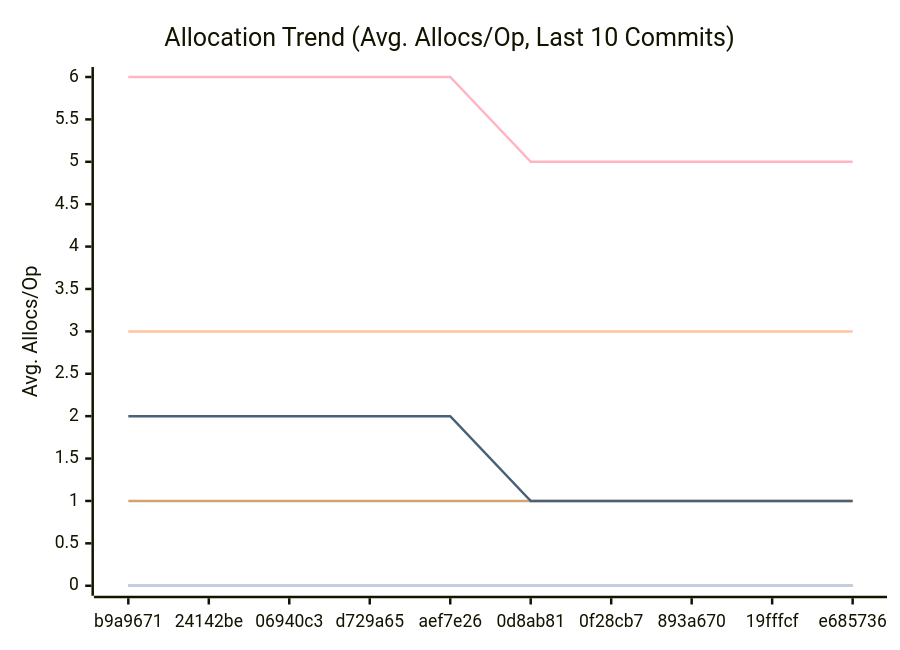
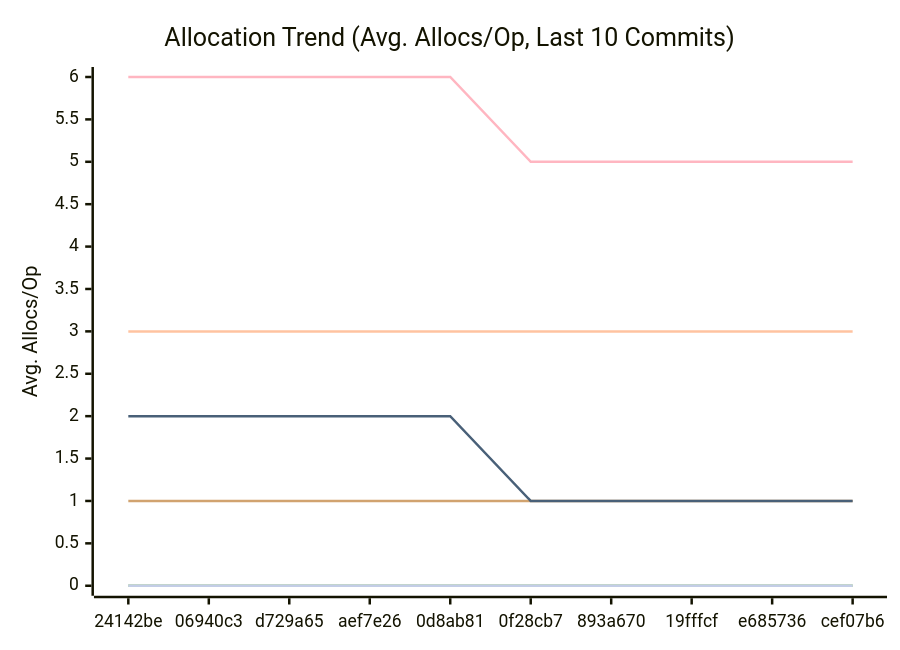
Before and after one commit to alsotoes/momo: the third of 3 diagrams in docs/PERFORMANCE.md, drawn with Mermaid. The commit also changed other lines of this file and 2 other files, not shown here.

````diff
--- a/docs/PERFORMANCE.md
+++ b/docs/PERFORMANCE.md
@@ -114,16 +114,16 @@
 ```mermaid
 xychart-beta
     title "Allocation Trend (Avg. Allocs/Op, Last 10 Commits)"
     x-axis "Commit"
     y-axis "Avg. Allocs/Op"
-    x-axis [b9a9671,24142be,06940c3,d729a65,aef7e26,0d8ab81,0f28cb7,893a670,19fffcf,e685736]
+    x-axis [24142be,06940c3,d729a65,aef7e26,0d8ab81,0f28cb7,893a670,19fffcf,e685736,cef07b6]
     line "CheckMetricsAndSwap" [0,0,0,0,0,0,0,0,0,0]
     line "CrushOptimized" [0,0,0,0,0,0,0,0,0,0]
     line "CrushOriginal" [3,3,3,3,3,3,3,3,3,3]
     line "IndexDirectTracking" [0,0,0,0,0,0,0,0,0,0]
     line "IndexSearch" [0,0,0,0,0,0,0,0,0,0]
     line "LoadGlobalConfig" [1,1,1,1,1,1,1,1,1,1]
     line "PadString" [0,0,0,0,0,0,0,0,0,0]
     line "ParseReplicationOrder_NoPrealloc" [6,6,6,6,6,5,5,5,5,5]
     line "ParseReplicationOrder_Prealloc" [2,2,2,2,2,1,1,1,1,1]
 ```
````
